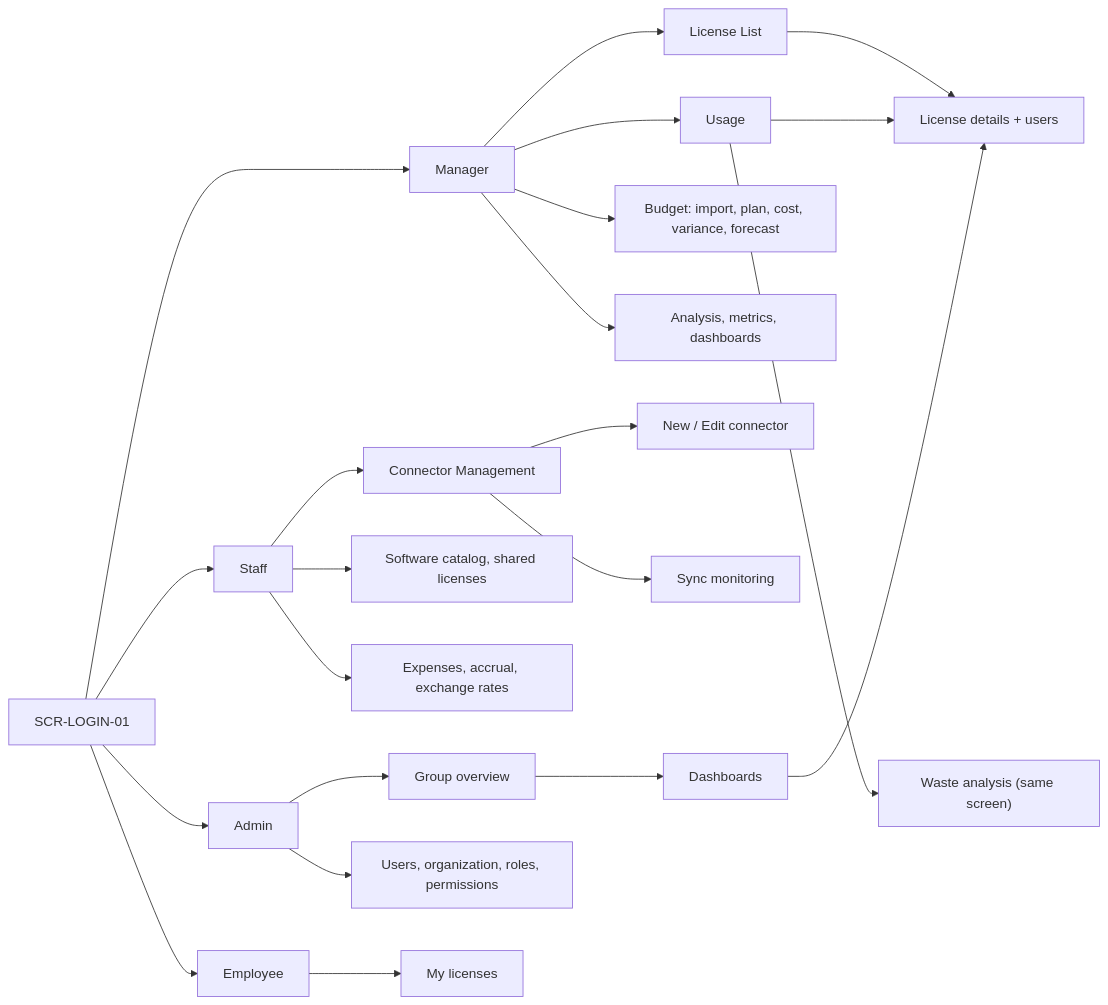
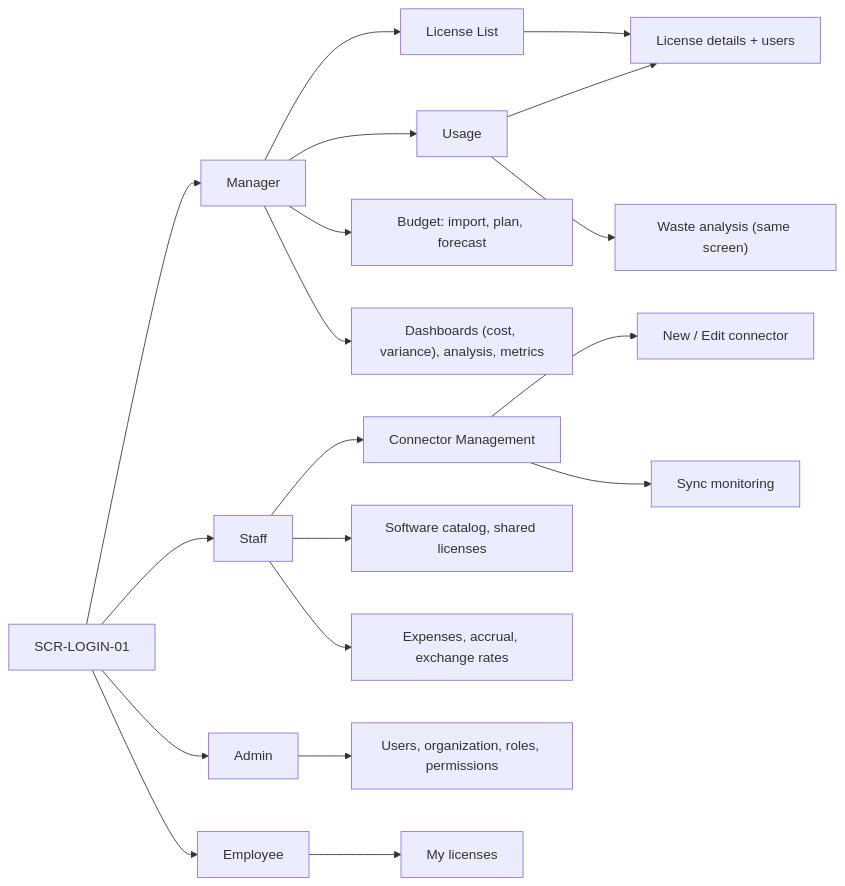
One commit to cuonglpv/VFast changed the diagram in docs/04-information-architecture-manager.md. Above: the diagram before and after it, drawn with Mermaid. The commit also changed other lines of this file and 25 other files, not shown here.

````diff
--- a/docs/04-information-architecture-manager.md
+++ b/docs/04-information-architecture-manager.md
@@ -67,19 +66,18 @@
 ```mermaid
 flowchart LR
     Login["SCR-LOGIN-01"] --> M["Manager"]
     Login --> S["Staff"]
     Login --> A["Admin"]
     Login --> E["Employee"]
     M --> LL["License List"] --> LD["License details + users"]
     M --> US["Usage"] --> LD
     US --> WA["Waste analysis (same screen)"]
-    M --> BU["Budget: import, plan, cost, variance, forecast"]
-    M --> AN["Analysis, metrics, dashboards"]
+    M --> BU["Budget: import, plan, forecast"]
+    M --> AN["Dashboards (cost, variance), analysis, metrics"]
     S --> CM["Connector Management"] --> CF["New / Edit connector"]
     CM --> SY["Sync monitoring"]
     S --> CA["Software catalog, shared licenses"]
     S --> FI["Expenses, accrual, exchange rates"]
-    A --> GO["Group overview"] --> DB["Dashboards"] --> LD
     A --> AD["Users, organization, roles, permissions"]
     E --> MY["My licenses"]
 ```
````
